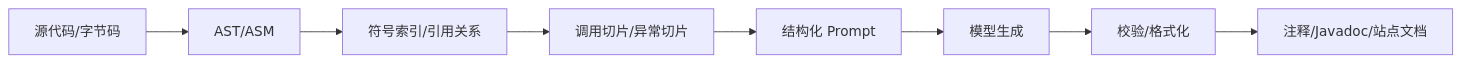
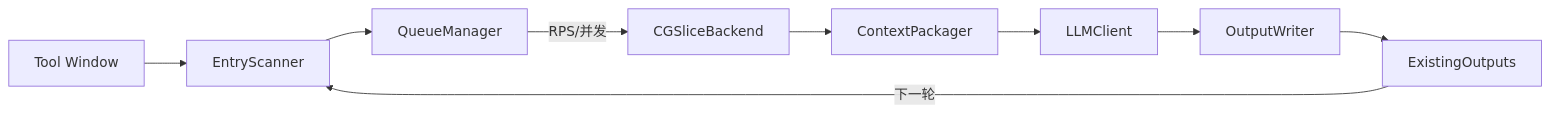
Before and after one commit to GeekyWizKid/blog: the diagram in content/tech/gjavadoc-llm-docs/index.md, drawn with Mermaid. The commit also changed other lines of this file and 7 other files, not shown here.

````diff
--- a/content/tech/gjavadoc-llm-docs/index.md
+++ b/content/tech/gjavadoc-llm-docs/index.md
@@ -17,10 +20,11 @@
 ```mermaid
 flowchart LR
-  SRC[源代码/字节码] --> PARSE[AST/ASM]
-  PARSE --> INDEX[符号索引/引用关系]
-  INDEX --> SLICE[调用切片/异常切片]
-  SLICE --> PROMPT[结构化 Prompt]
-  PROMPT --> LLM[模型生成]
-  LLM --> MERGE[校验/格式化]
-  MERGE --> OUT[注释/Javadoc/站点文档]
+  UI[Tool Window] --> SCAN[EntryScanner]
+  SCAN --> Q[QueueManager]
+  Q -->|RPS/并发| ANALYZE[CGSliceBackend]
+  ANALYZE --> PACK[ContextPackager]
+  PACK --> LLM[LLMClient]
+  LLM --> OUT[OutputWriter]
+  OUT --> INC[ExistingOutputs]
+  INC -->|下一轮| SCAN
 ```
````
